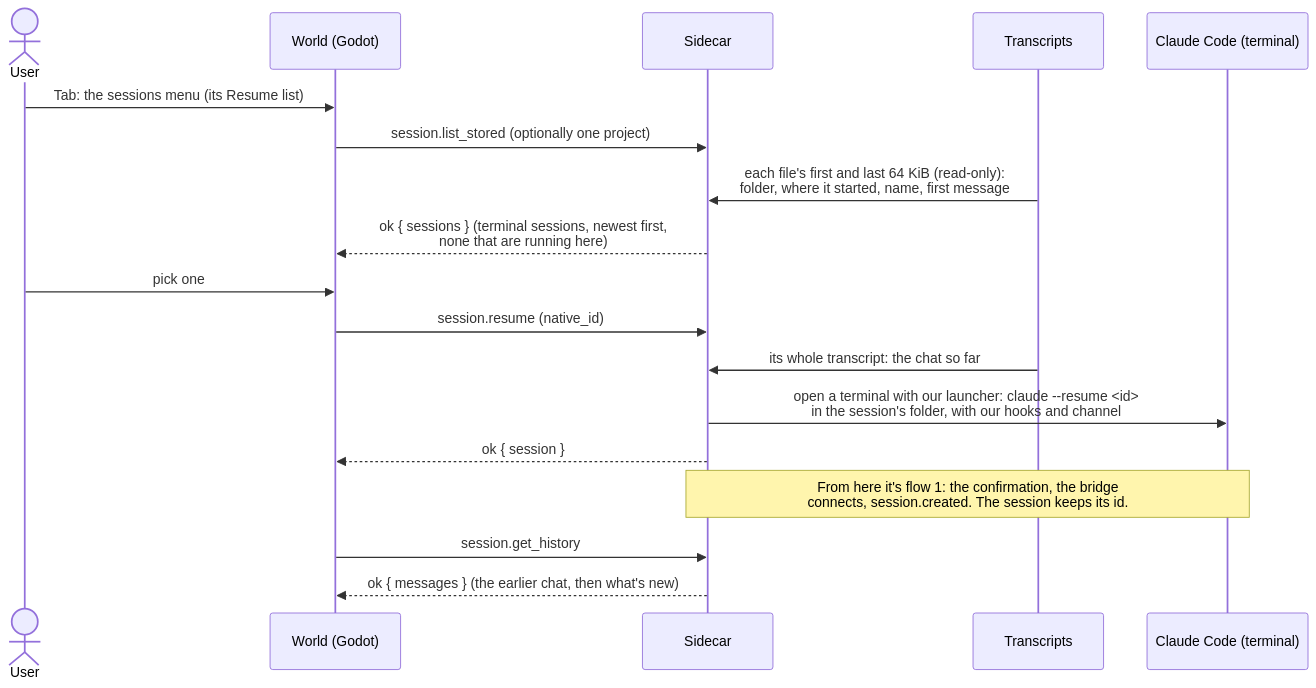
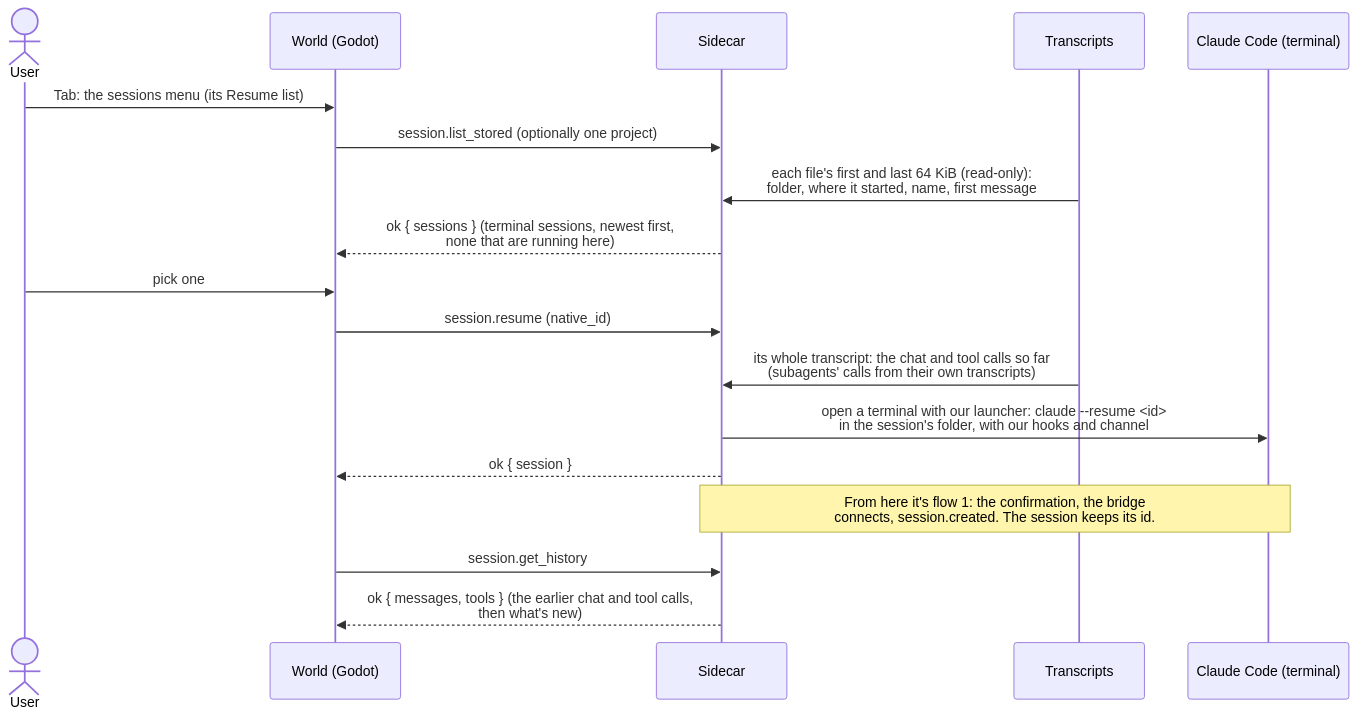
One commit to PaoloPortugal/The-Beach changed the ninth of 10 diagrams in docs/flows.md. Above: the diagram before and after it, drawn with Mermaid. The commit also changed other lines of this file and 4 other files, not shown here.

Commit message:
Docs: C04 built; the tool-call log in NOTES, the guide, flows and dev log

````diff
--- a/docs/flows.md
+++ b/docs/flows.md
@@ -359,21 +361,21 @@
 ```mermaid
 sequenceDiagram
     actor User
     participant World as World (Godot)
     participant Sidecar
     participant Store as Transcripts
     participant Claude as Claude Code (terminal)
 
     User->>World: Tab: the sessions menu (its Resume list)
     World->>Sidecar: session.list_stored (optionally one project)
     Store->>Sidecar: each file's first and last 64 KiB (read-only):<br/>folder, where it started, name, first message
     Sidecar-->>World: ok { sessions } (terminal sessions, newest first,<br/>none that are running here)
     User->>World: pick one
     World->>Sidecar: session.resume (native_id)
-    Store->>Sidecar: its whole transcript: the chat so far
+    Store->>Sidecar: its whole transcript: the chat and tool calls so far<br/>(subagents' calls from their own transcripts)
     Sidecar->>Claude: open a terminal with our launcher: claude --resume <id><br/>in the session's folder, with our hooks and channel
     Sidecar-->>World: ok { session }
     Note over Claude,Sidecar: From here it's flow 1: the confirmation, the bridge<br/>connects, session.created. The session keeps its id.
     World->>Sidecar: session.get_history
-    Sidecar-->>World: ok { messages } (the earlier chat, then what's new)
+    Sidecar-->>World: ok { messages, tools } (the earlier chat and tool calls,<br/>then what's new)
 ```
````
